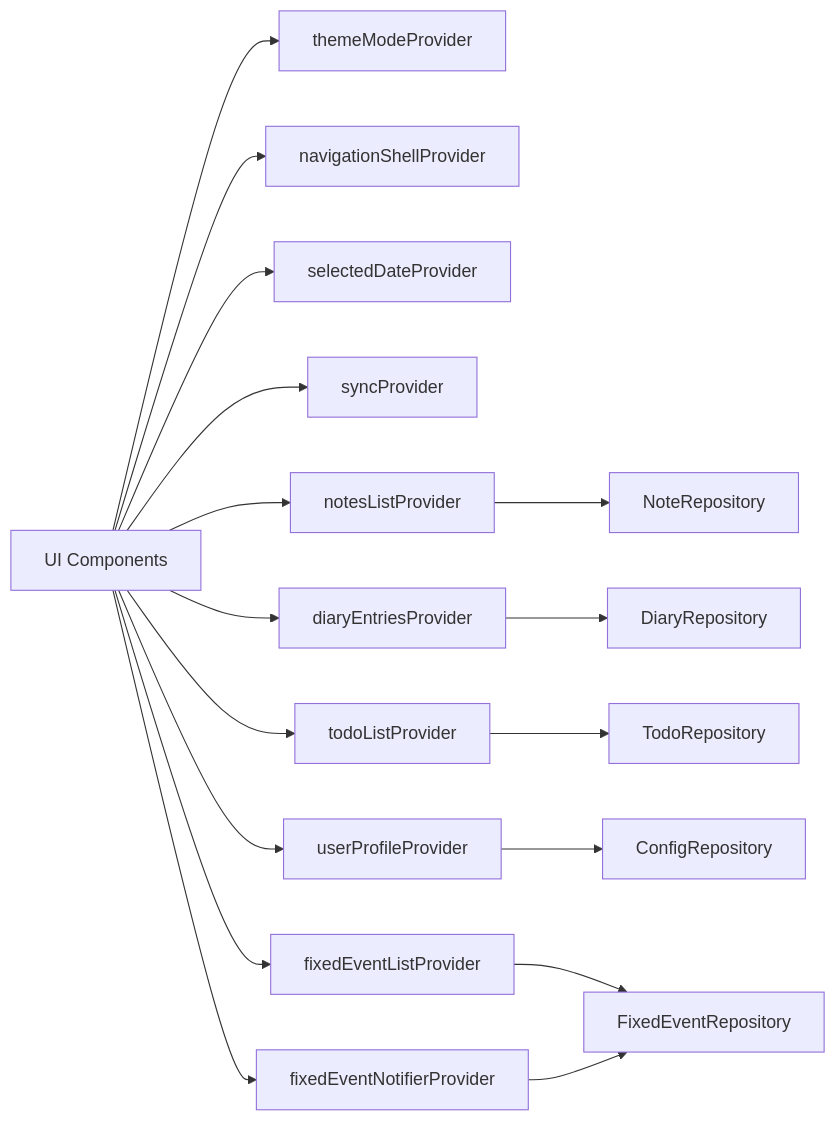
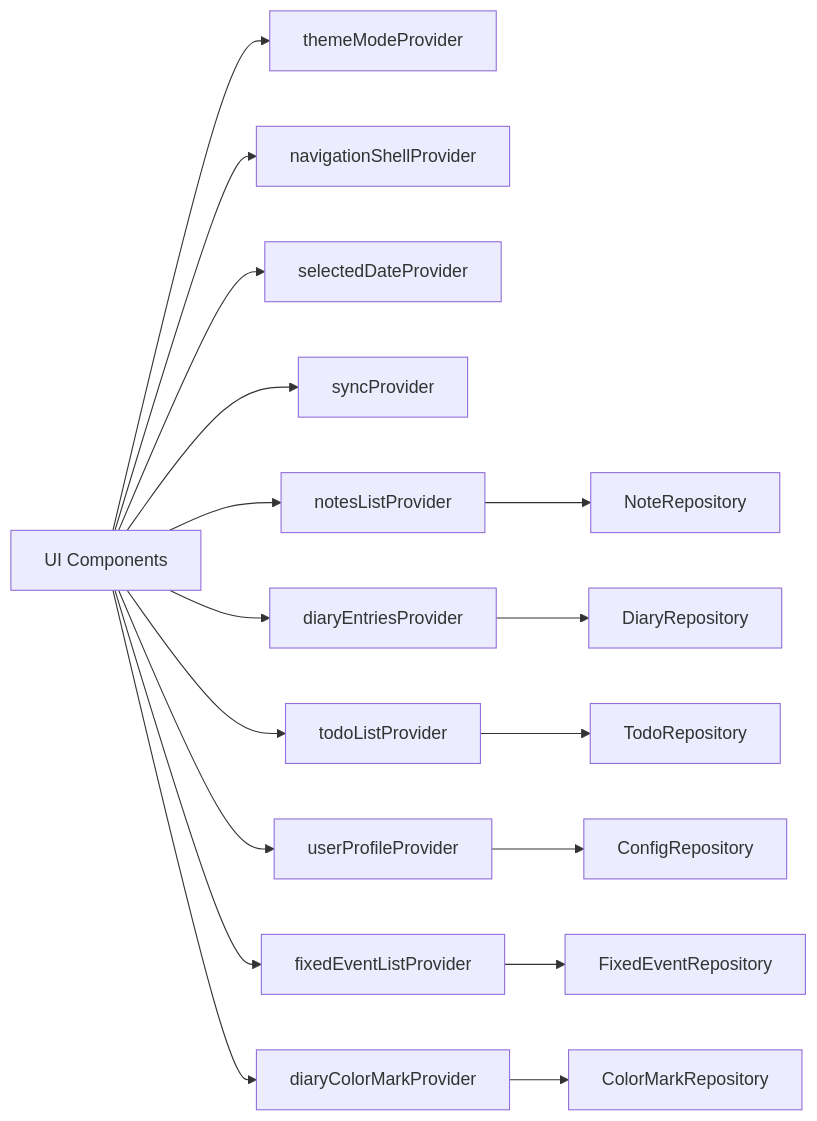
One commit to favoroo/QNote changed the tenth of 10 diagrams in .qoder/repowiki/en/content/Architecture Overview/State Management Architecture.md. Above: the diagram before and after it, drawn with Mermaid. The commit also changed other lines of this file and 68 other files, not shown here.

````diff
--- a/.qoder/repowiki/en/content/Architecture Overview/State Management Architecture.md
+++ b/.qoder/repowiki/en/content/Architecture Overview/State Management Architecture.md
@@ -367,19 +422,19 @@
 ```mermaid
 graph LR
 UI["UI Components"] --> THEME["themeModeProvider"]
 UI --> NAV["navigationShellProvider"]
 UI --> DATE["selectedDateProvider"]
 UI --> SYNC["syncProvider"]
 UI --> NOTES["notesListProvider"]
 UI --> DIARY["diaryEntriesProvider"]
 UI --> TODO["todoListProvider"]
 UI --> USER["userProfileProvider"]
 UI --> FIXED_EVENTS["fixedEventListProvider"]
-UI --> FIXED_NOTIFIER["fixedEventNotifierProvider"]
+UI --> DIARY_COLOR_MARK["diaryColorMarkProvider"]
 NOTES --> REPO_NOTES["NoteRepository"]
 DIARY --> REPO_DIARY["DiaryRepository"]
 TODO --> REPO_TODO["TodoRepository"]
 USER --> REPO_CONFIG["ConfigRepository"]
 FIXED_EVENTS --> REPO_FIXED["FixedEventRepository"]
-FIXED_NOTIFIER --> REPO_FIXED
+DIARY_COLOR_MARK --> REPO_COLOR["ColorMarkRepository"]
 ```
````
